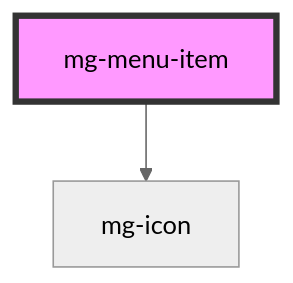
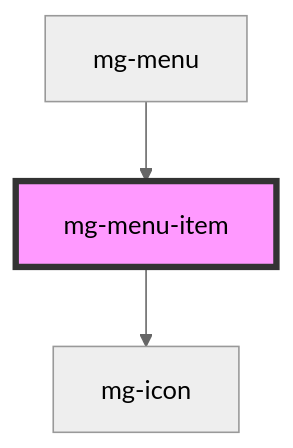
The diagram in src/components/molecules/menu/mg-menu-item/readme.md (MGDIS/mg-components), drawn with Mermaid (neutral theme) before and after one commit. The commit also changed other lines of this file and 13 other files, not shown here.

````diff
--- a/src/components/molecules/menu/mg-menu-item/readme.md
+++ b/src/components/molecules/menu/mg-menu-item/readme.md
@@ -203,5 +207,6 @@
 ```mermaid
 graph TD;
   mg-menu-item --> mg-icon
+  mg-menu --> mg-menu-item
   style mg-menu-item fill:#f9f,stroke:#333,stroke-width:4px
 ```
````
